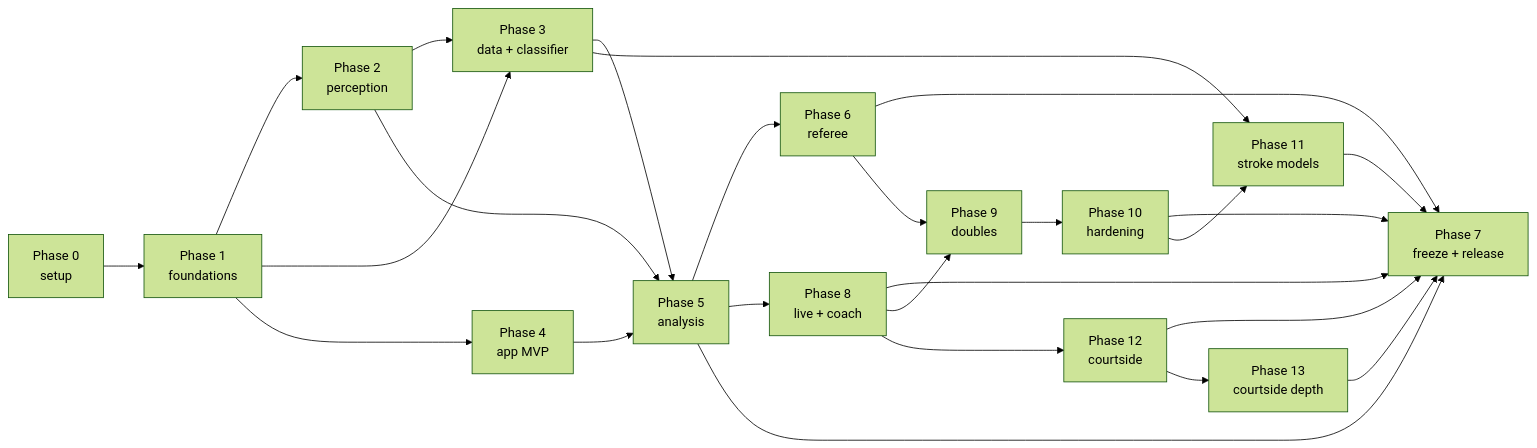
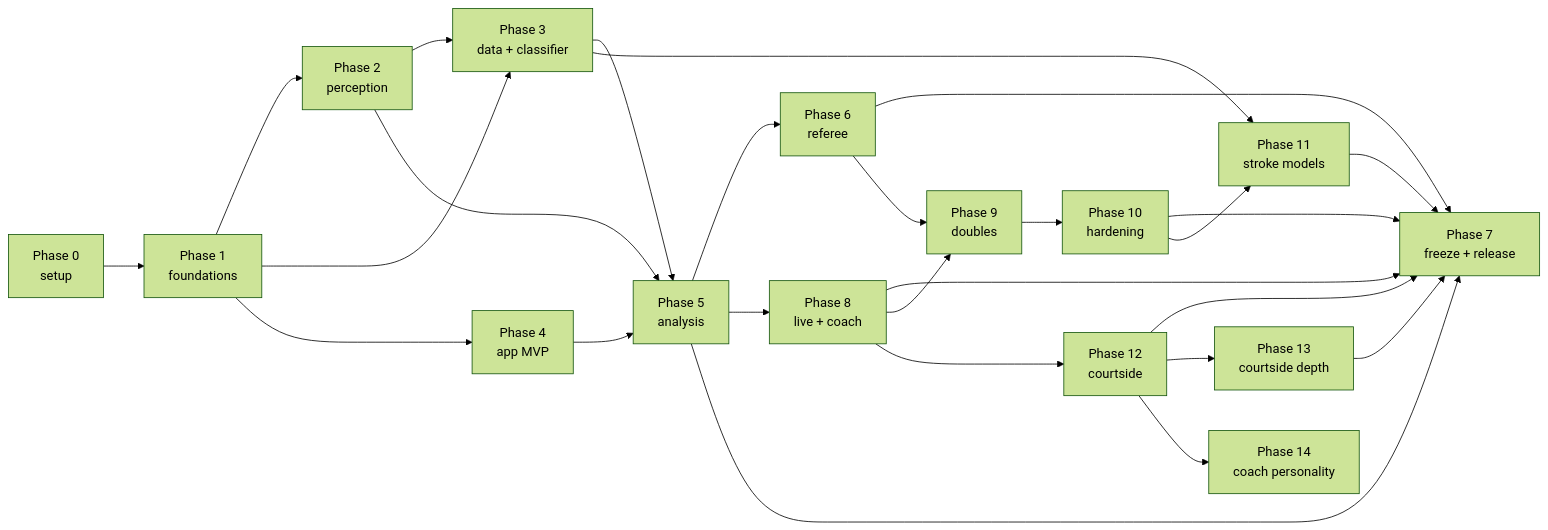
The second of 3 diagrams in docs/PHASES.md (Mist10148/ShuttleSense), drawn with Mermaid (forest theme) before and after one commit. The commit also changed other lines of this file and 1 other file, not shown here.

First line of the commit message:
docs(phases): add Phase 14 for the AI Coach personality

````diff
--- a/docs/PHASES.md
+++ b/docs/PHASES.md
@@ -103,27 +108,28 @@
 ```mermaid
 flowchart LR
     P0[Phase 0<br/>setup] --> P1[Phase 1<br/>foundations]
     P1 --> P2[Phase 2<br/>perception]
     P1 --> P3[Phase 3<br/>data + classifier]
     P1 --> P4[Phase 4<br/>app MVP]
     P2 --> P3
     P2 --> P5[Phase 5<br/>analysis]
     P3 --> P5
     P4 --> P5
     P5 --> P6[Phase 6<br/>referee]
     P5 --> P8[Phase 8<br/>live + coach]
     P8 --> P7
     P5 --> P7[Phase 7<br/>freeze + release]
     P6 --> P7
     P8 --> P9[Phase 9<br/>doubles]
     P6 --> P9
     P9 --> P10[Phase 10<br/>hardening]
     P10 --> P7
     P3 --> P11[Phase 11<br/>stroke models]
     P10 --> P11
     P11 --> P7
     P8 --> P12[Phase 12<br/>courtside]
     P12 --> P7
     P12 --> P13[Phase 13<br/>courtside depth]
     P13 --> P7
+    P12 --> P14[Phase 14<br/>coach personality]
 ```
````
